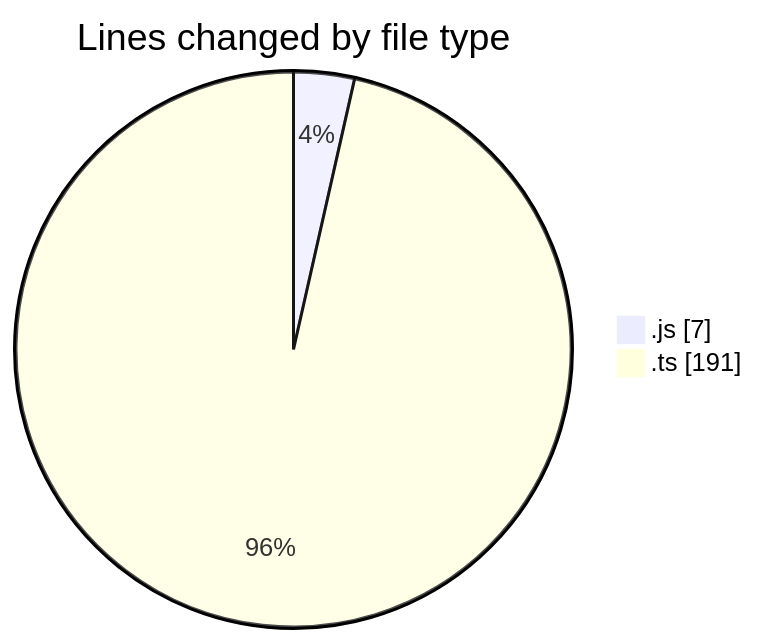
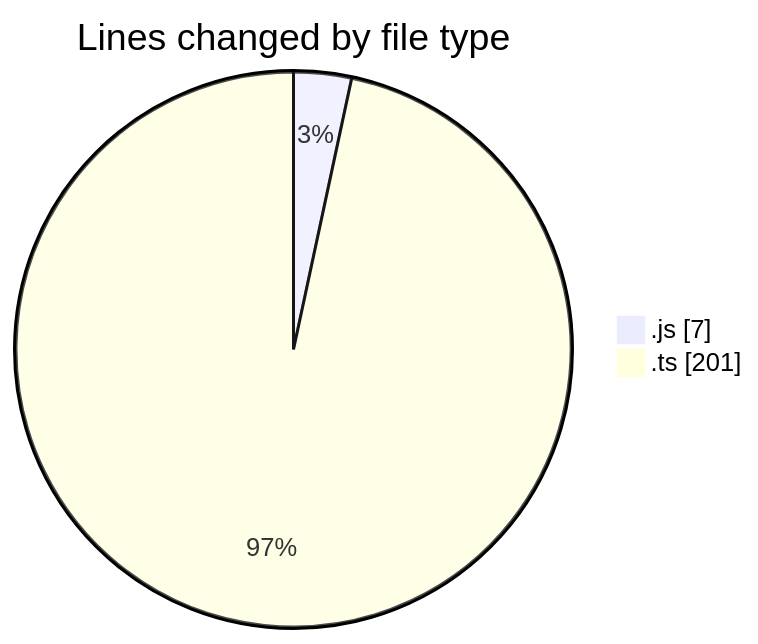
One commit to momahboobian/code-tracking changed the first of 2 diagrams in 2025-06-18/cda/README.md. Above: the diagram before and after it, drawn with Mermaid. The commit also changed other lines of this file and 1 other file, not shown here.

````diff
--- a/2025-06-18/cda/README.md
+++ b/2025-06-18/cda/README.md
@@ -25,6 +25,6 @@
 ```mermaid
 pie showData
 title Lines changed by file type
 ".js" : 7
-".ts" : 191
+".ts" : 201
 ```
````
